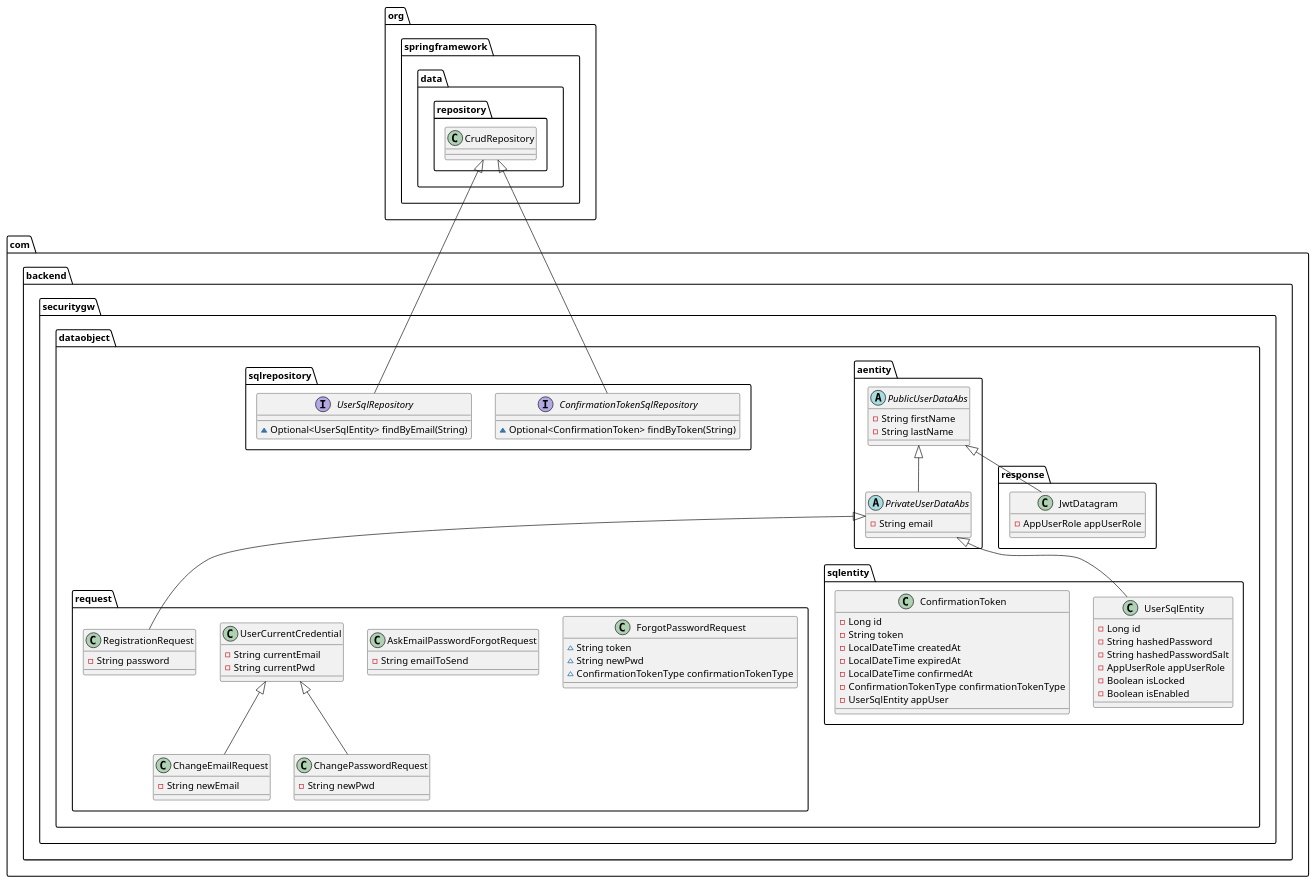
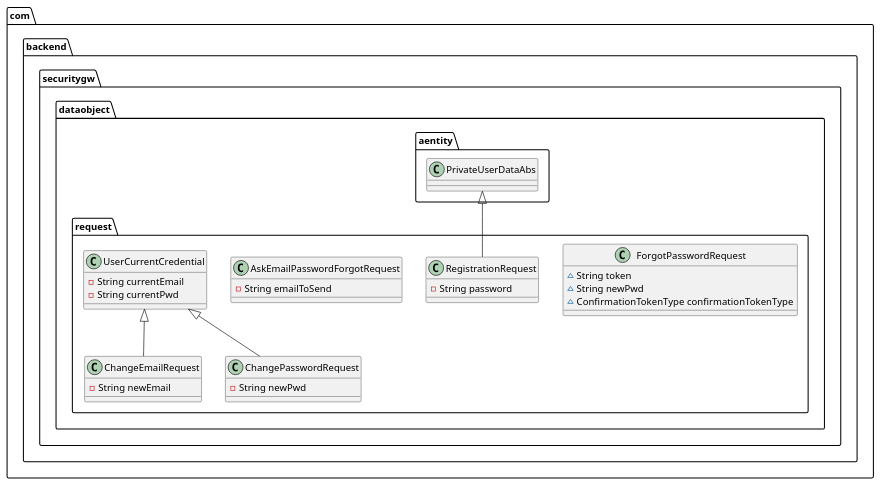
One commit to Nikasaih/px__projet_b3_annuel changed the diagram in securitygw/test.puml. Above: the diagram before and after it, drawn with PlantUML. The commit also changed 16 other files, not shown here.

First line of the commit message:
fix: jwt expired error

```diff
--- a/securitygw/test.puml
+++ b/securitygw/test.puml
@@ -1,66 +1,28 @@
 @startuml
 class com.backend.securitygw.dataobject.request.ForgotPasswordRequest {
 ~ String token
 ~ String newPwd
 ~ ConfirmationTokenType confirmationTokenType
 }
-abstract class com.backend.securitygw.dataobject.aentity.PrivateUserDataAbs {
-- String email
-}
-interface com.backend.securitygw.dataobject.sqlrepository.ConfirmationTokenSqlRepository {
-~ Optional<ConfirmationToken> findByToken(String)
-}
-class com.backend.securitygw.dataobject.response.JwtDatagram {
-- AppUserRole appUserRole
+class com.backend.securitygw.dataobject.request.RegistrationRequest {
+- String password
 }
 class com.backend.securitygw.dataobject.request.AskEmailPasswordForgotRequest {
 - String emailToSend
 }
 class com.backend.securitygw.dataobject.request.UserCurrentCredential {
 - String currentEmail
 - String currentPwd
 }
 class com.backend.securitygw.dataobject.request.ChangeEmailRequest {
 - String newEmail
 }
 class com.backend.securitygw.dataobject.request.ChangePasswordRequest {
 - String newPwd
 }
-class com.backend.securitygw.dataobject.sqlentity.UserSqlEntity {
-- Long id
-- String hashedPassword
-- String hashedPasswordSalt
-- AppUserRole appUserRole
-- Boolean isLocked
-- Boolean isEnabled
-}
-class com.backend.securitygw.dataobject.request.RegistrationRequest {
-- String password
-}
-abstract class com.backend.securitygw.dataobject.aentity.PublicUserDataAbs {
-- String firstName
-- String lastName
-}
-interface com.backend.securitygw.dataobject.sqlrepository.UserSqlRepository {
-~ Optional<UserSqlEntity> findByEmail(String)
-}
-class com.backend.securitygw.dataobject.sqlentity.ConfirmationToken {
-- Long id
-- String token
-- LocalDateTime createdAt
-- LocalDateTime expiredAt
-- LocalDateTime confirmedAt
-- ConfirmationTokenType confirmationTokenType
-- UserSqlEntity appUser
-}
 
 
-com.backend.securitygw.dataobject.aentity.PublicUserDataAbs <|-- com.backend.securitygw.dataobject.aentity.PrivateUserDataAbs
-org.springframework.data.repository.CrudRepository <|-- com.backend.securitygw.dataobject.sqlrepository.ConfirmationTokenSqlRepository
-com.backend.securitygw.dataobject.aentity.PublicUserDataAbs <|-- com.backend.securitygw.dataobject.response.JwtDatagram
+com.backend.securitygw.dataobject.aentity.PrivateUserDataAbs <|-- com.backend.securitygw.dataobject.request.RegistrationRequest
 com.backend.securitygw.dataobject.request.UserCurrentCredential <|-- com.backend.securitygw.dataobject.request.ChangeEmailRequest
 com.backend.securitygw.dataobject.request.UserCurrentCredential <|-- com.backend.securitygw.dataobject.request.ChangePasswordRequest
-com.backend.securitygw.dataobject.aentity.PrivateUserDataAbs <|-- com.backend.securitygw.dataobject.sqlentity.UserSqlEntity
-com.backend.securitygw.dataobject.aentity.PrivateUserDataAbs <|-- com.backend.securitygw.dataobject.request.RegistrationRequest
-org.springframework.data.repository.CrudRepository <|-- com.backend.securitygw.dataobject.sqlrepository.UserSqlRepository
 @enduml
```
